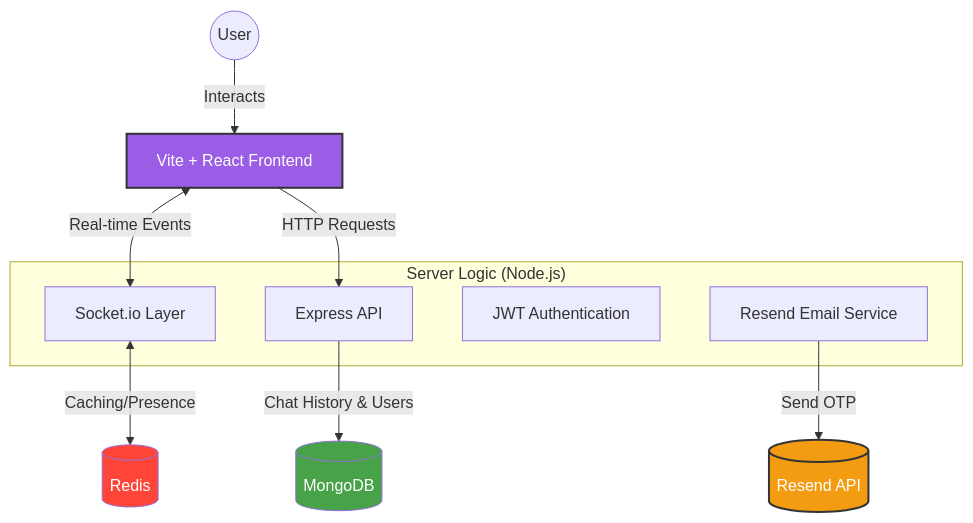
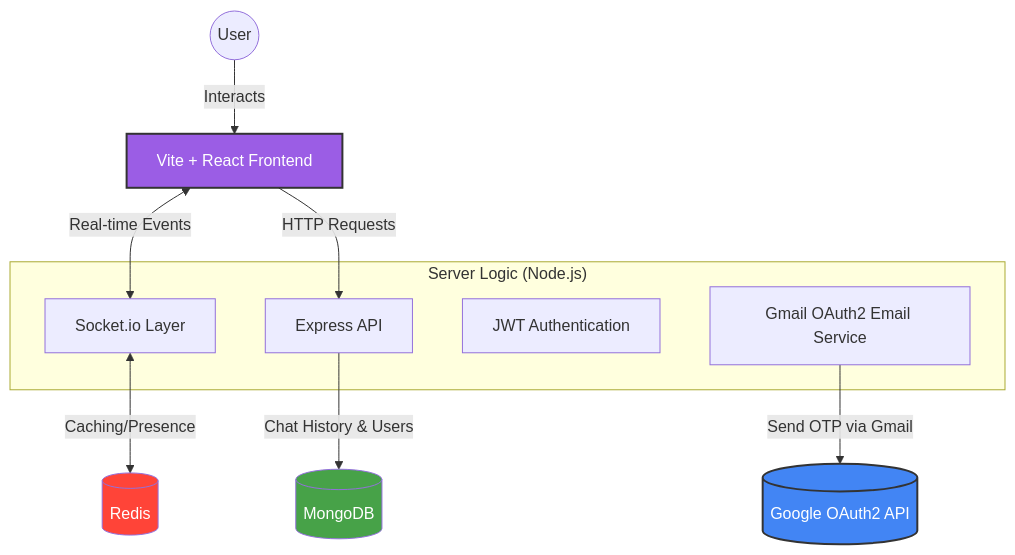
One commit to 0rigin-c0de/PiperChat01 changed the diagram in README.md. Above: the diagram before and after it, drawn with Mermaid.

Commit message:
docs: replace Resend with Google OAuth2 in architecture diagram

````diff
--- a/README.md
+++ b/README.md
@@ -42,28 +42,28 @@
 ```mermaid
 graph TD
     %% User and Frontend
     User((User)) -->|Interacts| UI[Vite + React Frontend]
     
     %% Connection Layer
     UI <-->|Real-time Events| Socket[Socket.io Layer]
     UI -->|HTTP Requests| API[Express API]
 
     %% Backend Logic
     subgraph "Server Logic (Node.js)"
         API
         Socket
         Auth[JWT Authentication]
-        Email[Resend Email Service]
+        Email[Gmail OAuth2 Email Service]
     end
 
     %% Database Layer
     Socket <-->|Caching/Presence| Redis[(Redis)]
     API -->|Chat History & Users| Mongo[(MongoDB)]
-    Email -->|Send OTP| ResendService[(Resend API)]
+    Email -->|Send OTP via Gmail| GoogleOAuth[(Google OAuth2 API)]
 
     %% Styling
     style UI fill:#9b5de5,stroke:#333,stroke-width:2px,color:#fff
     style Redis fill:#FF4438,color:#fff
     style Mongo fill:#47A248,color:#fff
-    style ResendService fill:#f39c12,stroke:#333,stroke-width:2px,color:#fff
+    style GoogleOAuth fill:#4285F4,stroke:#333,stroke-width:2px,color:#fff
 ```
````
